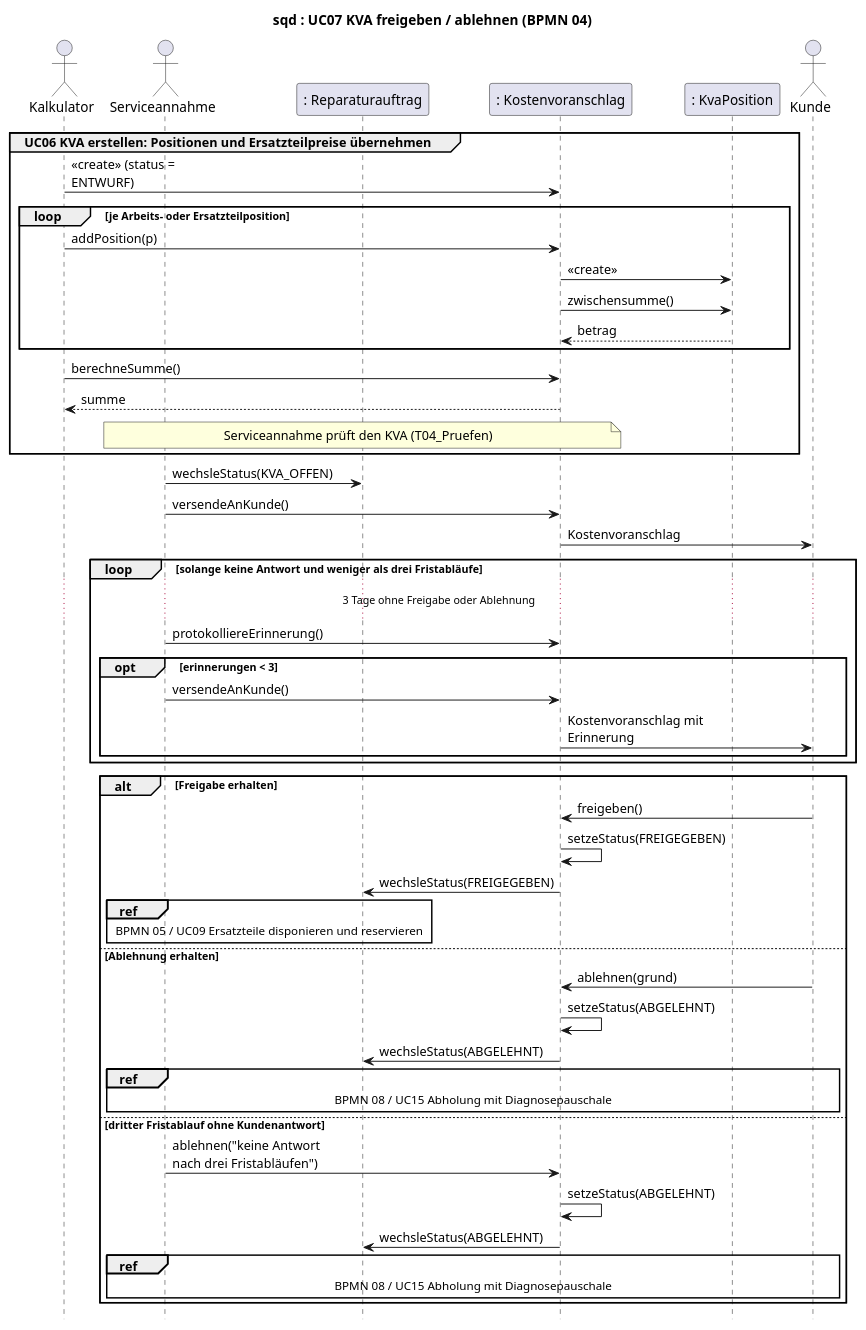
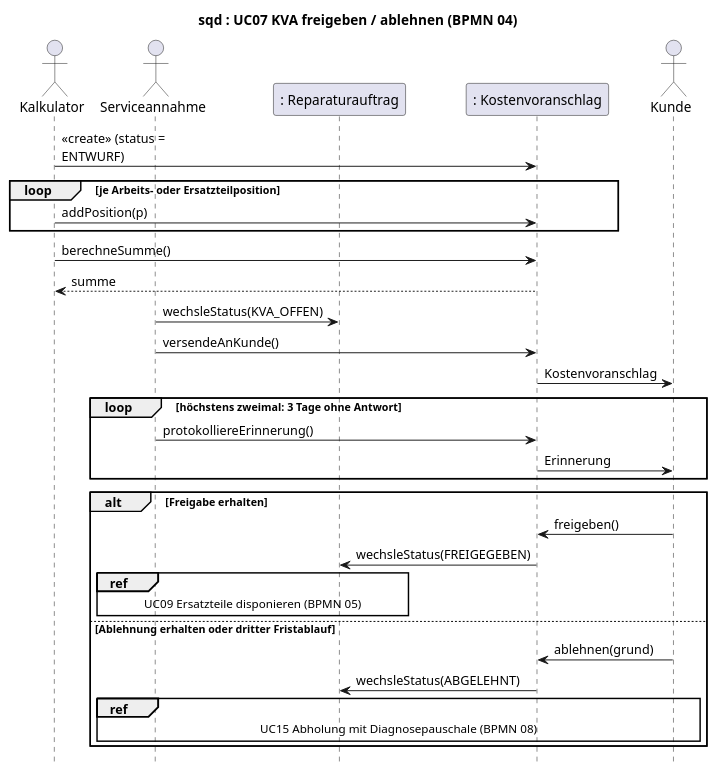
The diagram in 2_uml/entwurf-plantuml/sequenz-02-kva-freigabe.puml (jakobschwan123-cmd/casestudy-semester-3), drawn with PlantUML before and after one commit. The commit also changed 14 other files, not shown here.

First line of the commit message:
[T05 2026-10-15] refactor: cut sequence diagrams down to the core flow (E-28)

```diff
--- a/2_uml/entwurf-plantuml/sequenz-02-kva-freigabe.puml
+++ b/2_uml/entwurf-plantuml/sequenz-02-kva-freigabe.puml
@@ -1,56 +1,37 @@
 @startuml
-' BPMN: p04-kostenvoranschlag.bpmn
-' BPMN-Nodes: T04_Positionen T04_Preise T04_Berechnen T04_Pruefen T04_Status T04_Senden E04_Freigabe E04_Ablehnung E04_Timer T04_Erinnerung GW04_Dritte T04_Freigegeben T04_Dispo T04_Abgelehnt T04_Abholung
+' BPMN: p04-kostenvoranschlag.bpmn. Kernablauf: KVA erstellen (UC06), versenden, erinnern, Freigabe oder Ablehnung.
 title sqd : UC07 KVA freigeben / ablehnen (BPMN 04)
 skinparam defaultFontName Arial
 skinparam sequenceMessageAlign left
-skinparam maxMessageSize 160
+skinparam maxMessageSize 170
 hide footbox
 
-actor Kalkulator as Techniker
+actor Kalkulator
 actor Serviceannahme as SM
 participant ": Reparaturauftrag" as RA
 participant ": Kostenvoranschlag" as KVA
-participant ": KvaPosition" as POS
 actor Kunde
 
-group UC06 KVA erstellen: Positionen und Ersatzteilpreise übernehmen
-Techniker -> KVA : <<create>> (status = ENTWURF)
+Kalkulator -> KVA : <<create>> (status = ENTWURF)
 loop je Arbeits- oder Ersatzteilposition
-    Techniker -> KVA : addPosition(p)
-    KVA -> POS : <<create>>
-    KVA -> POS : zwischensumme()
-    POS --> KVA : betrag
+    Kalkulator -> KVA : addPosition(p)
 end
-Techniker -> KVA : berechneSumme()
-KVA --> Techniker : summe
-note over SM, KVA : Serviceannahme prüft den KVA (T04_Pruefen)
-end
+Kalkulator -> KVA : berechneSumme()
+KVA --> Kalkulator : summe
 SM -> RA : wechsleStatus(KVA_OFFEN)
 SM -> KVA : versendeAnKunde()
 KVA -> Kunde : Kostenvoranschlag
-loop solange keine Antwort und weniger als drei Fristabläufe
-    ... 3 Tage ohne Freigabe oder Ablehnung ...
+loop höchstens zweimal: 3 Tage ohne Antwort
     SM -> KVA : protokolliereErinnerung()
-    opt erinnerungen < 3
-        SM -> KVA : versendeAnKunde()
-        KVA -> Kunde : Kostenvoranschlag mit Erinnerung
-    end
+    KVA -> Kunde : Erinnerung
 end
 alt Freigabe erhalten
     Kunde -> KVA : freigeben()
-    KVA -> KVA : setzeStatus(FREIGEGEBEN)
     KVA -> RA : wechsleStatus(FREIGEGEBEN)
-    ref over SM, RA : BPMN 05 / UC09 Ersatzteile disponieren und reservieren
-else Ablehnung erhalten
+    ref over SM, RA : UC09 Ersatzteile disponieren (BPMN 05)
+else Ablehnung erhalten oder dritter Fristablauf
     Kunde -> KVA : ablehnen(grund)
-    KVA -> KVA : setzeStatus(ABGELEHNT)
     KVA -> RA : wechsleStatus(ABGELEHNT)
-    ref over SM, RA, Kunde : BPMN 08 / UC15 Abholung mit Diagnosepauschale
-else dritter Fristablauf ohne Kundenantwort
-    SM -> KVA : ablehnen("keine Antwort nach drei Fristabläufen")
-    KVA -> KVA : setzeStatus(ABGELEHNT)
-    KVA -> RA : wechsleStatus(ABGELEHNT)
-    ref over SM, RA, Kunde : BPMN 08 / UC15 Abholung mit Diagnosepauschale
+    ref over SM, RA, Kunde : UC15 Abholung mit Diagnosepauschale (BPMN 08)
 end
 @enduml
```
